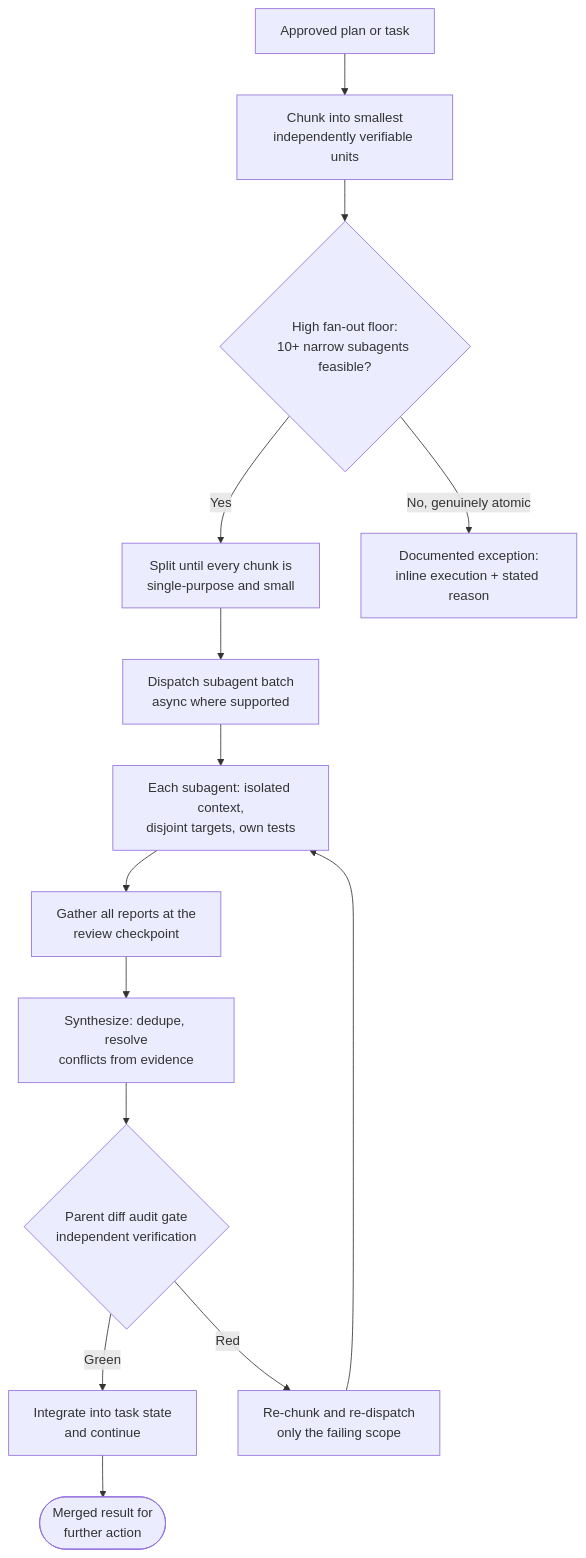
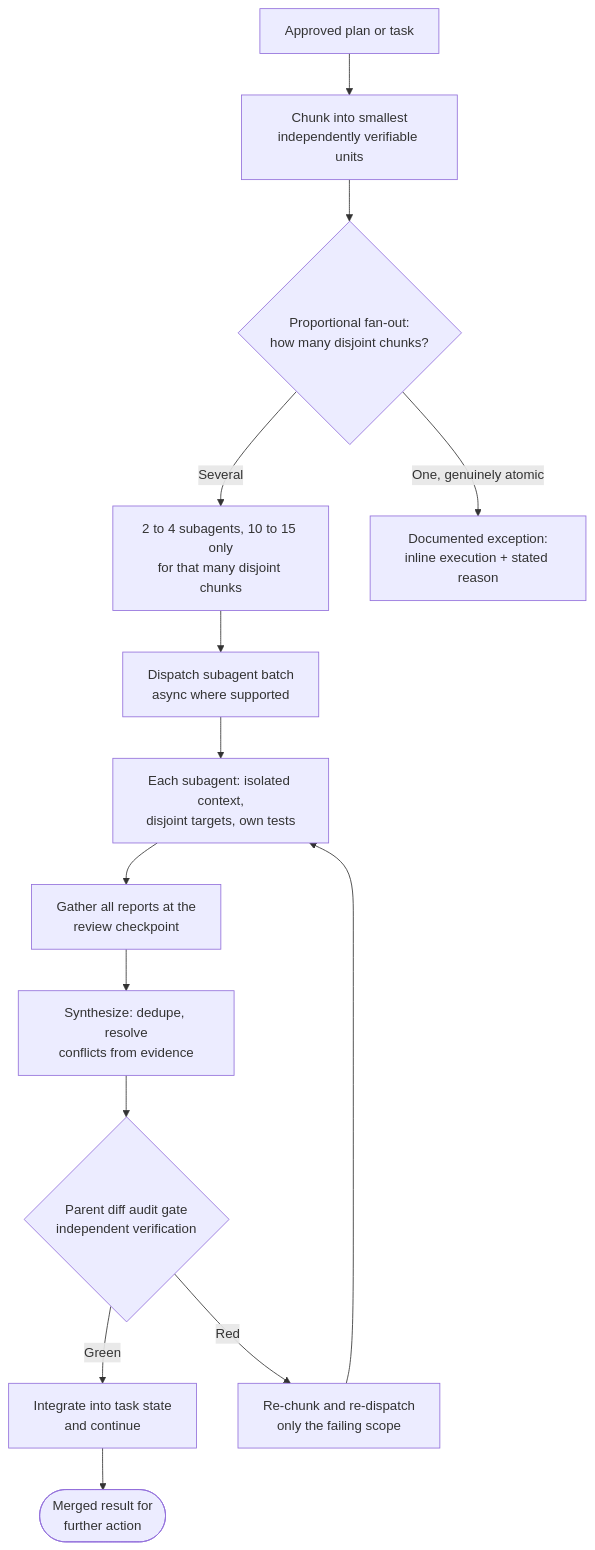
Before and after one commit to belajarcarabelajar/vivera: the diagram in skills/sucp-rules/references/05-delegation.md, drawn with Mermaid. The commit also changed other lines of this file and 9 other files, not shown here.

First line of the commit message:
docs(skills): make subagent fan-out proportional and remove two contradicting commands

````diff
--- a/skills/sucp-rules/references/05-delegation.md
+++ b/skills/sucp-rules/references/05-delegation.md
@@ -25,18 +25,18 @@
 ```mermaid
 flowchart TD
     accTitle: Subagent chunking, fan-out, gather, and audit
-    accDescr: An approved plan is chunked into the smallest verifiable units, split further when feasible, dispatched as a narrow batch, gathered at a review checkpoint, synthesized, and audited. A red chunk is re-chunked and re-dispatched alone.
+    accDescr: An approved plan is chunked into the smallest verifiable units, sized proportionally (inline, 2 to 4, or up to 15 subagents), dispatched, gathered at a review checkpoint, synthesized, and audited. A red chunk is re-chunked and re-dispatched alone.
     Plan["Approved plan or task"] --> Chunk["Chunk into smallest\nindependently verifiable units"]
-    Chunk --> Floor{"High fan-out floor:\n10+ narrow subagents feasible?"}
-    Floor -->|"Yes"| Split["Split until every chunk is\nsingle-purpose and small"]
-    Floor -->|"No, genuinely atomic"| Inline["Documented exception:\ninline execution + stated reason"]
+    Chunk --> Floor{"Proportional fan-out:\nhow many disjoint chunks?"}
+    Floor -->|"Several"| Split["2 to 4 subagents, 10 to 15 only\nfor that many disjoint chunks"]
+    Floor -->|"One, genuinely atomic"| Inline["Documented exception:\ninline execution + stated reason"]
     Split --> Fan["Dispatch subagent batch\nasync where supported"]
     Fan --> Run["Each subagent: isolated context,\ndisjoint targets, own tests"]
     Run --> Gather["Gather all reports at the\nreview checkpoint"]
     Gather --> Synth["Synthesize: dedupe, resolve\nconflicts from evidence"]
     Synth --> Audit{"Parent diff audit gate\nindependent verification"}
     Audit -->|"Green"| Integrate["Integrate into task state\nand continue"]
     Audit -->|"Red"| Redispatch["Re-chunk and re-dispatch\nonly the failing scope"]
     Redispatch --> Run
     Integrate --> Done(["Merged result for\nfurther action"])
 ```
````
